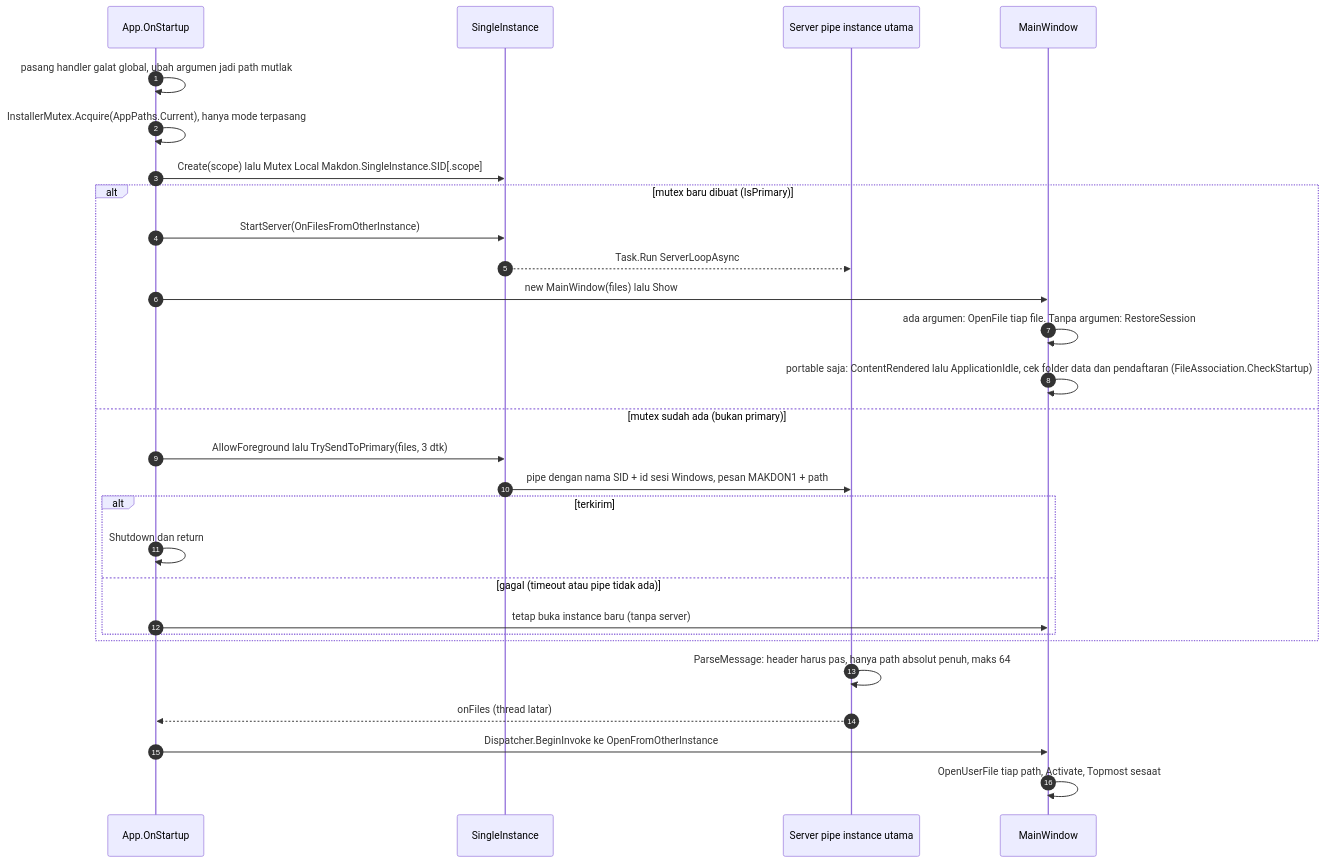
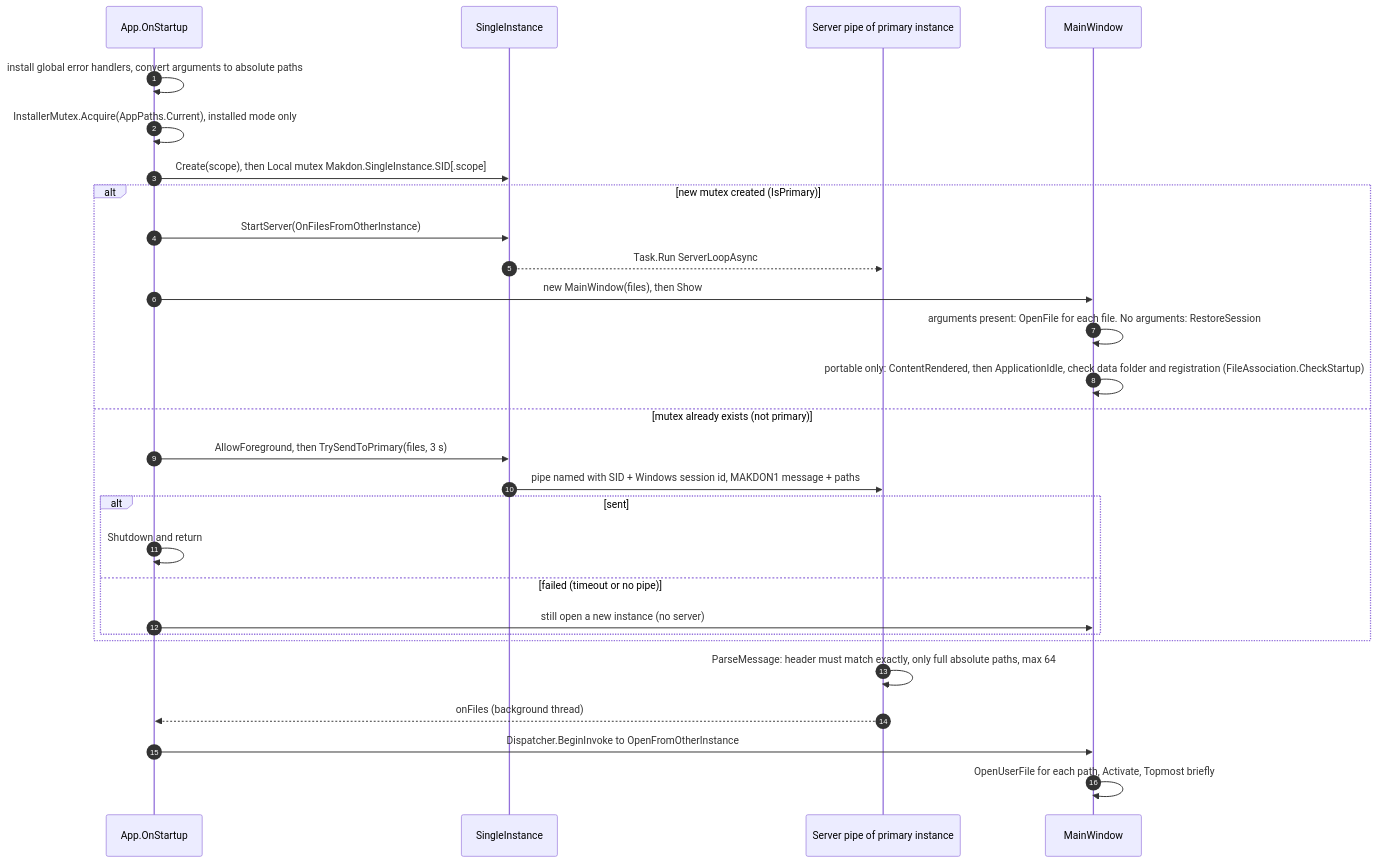
Before and after one commit to hoaaah/Makdon: the second of 14 diagrams in docs/ARCHITECTURE.md, drawn with Mermaid. The commit also changed other lines of this file and 8 other files, not shown here.

````diff
--- a/docs/ARCHITECTURE.md
+++ b/docs/ARCHITECTURE.md
@@ -201,31 +198,31 @@
 ```mermaid
 sequenceDiagram
     autonumber
     participant A as App.OnStartup
     participant S as SingleInstance
-    participant P as Server pipe instance utama
+    participant P as Server pipe of primary instance
     participant M as MainWindow
 
-    A->>A: pasang handler galat global, ubah argumen jadi path mutlak
-    A->>A: InstallerMutex.Acquire(AppPaths.Current), hanya mode terpasang
-    A->>S: Create(scope) lalu Mutex Local Makdon.SingleInstance.SID[.scope]
-    alt mutex baru dibuat (IsPrimary)
+    A->>A: install global error handlers, convert arguments to absolute paths
+    A->>A: InstallerMutex.Acquire(AppPaths.Current), installed mode only
+    A->>S: Create(scope), then Local mutex Makdon.SingleInstance.SID[.scope]
+    alt new mutex created (IsPrimary)
         A->>S: StartServer(OnFilesFromOtherInstance)
         S-->>P: Task.Run ServerLoopAsync
-        A->>M: new MainWindow(files) lalu Show
-        M->>M: ada argumen: OpenFile tiap file. Tanpa argumen: RestoreSession
-        M->>M: portable saja: ContentRendered lalu ApplicationIdle, cek folder data dan pendaftaran (FileAssociation.CheckStartup)
-    else mutex sudah ada (bukan primary)
-        A->>S: AllowForeground lalu TrySendToPrimary(files, 3 dtk)
-        S->>P: pipe dengan nama SID + id sesi Windows, pesan MAKDON1 + path
-        alt terkirim
-            A->>A: Shutdown dan return
-        else gagal (timeout atau pipe tidak ada)
-            A->>M: tetap buka instance baru (tanpa server)
+        A->>M: new MainWindow(files), then Show
+        M->>M: arguments present: OpenFile for each file. No arguments: RestoreSession
+        M->>M: portable only: ContentRendered, then ApplicationIdle, check data folder and registration (FileAssociation.CheckStartup)
+    else mutex already exists (not primary)
+        A->>S: AllowForeground, then TrySendToPrimary(files, 3 s)
+        S->>P: pipe named with SID + Windows session id, MAKDON1 message + paths
+        alt sent
+            A->>A: Shutdown and return
+        else failed (timeout or no pipe)
+            A->>M: still open a new instance (no server)
         end
     end
-    P->>P: ParseMessage: header harus pas, hanya path absolut penuh, maks 64
-    P-->>A: onFiles (thread latar)
-    A->>M: Dispatcher.BeginInvoke ke OpenFromOtherInstance
-    M->>M: OpenUserFile tiap path, Activate, Topmost sesaat
+    P->>P: ParseMessage: header must match exactly, only full absolute paths, max 64
+    P-->>A: onFiles (background thread)
+    A->>M: Dispatcher.BeginInvoke to OpenFromOtherInstance
+    M->>M: OpenUserFile for each path, Activate, Topmost briefly
 ```
````
